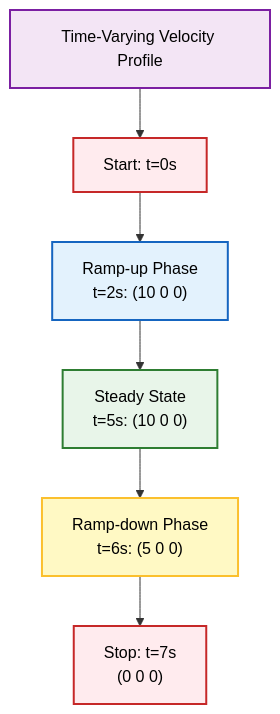
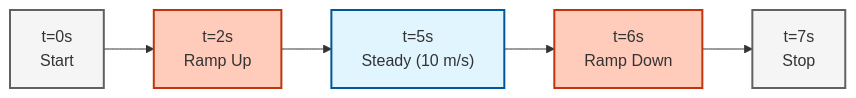
The fifth of 5 diagrams in MODULE_01_CFD_FUNDAMENTALS/CONTENT/01_GOVERNING_EQUATIONS/06_Boundary_Conditions.md (wramet/build-my-cfd), drawn with Mermaid before and after one commit. The commit also changed other lines of this file and 313 other files, not shown here.

Commit message:
Revise all diagram

````diff
--- a/MODULE_01_CFD_FUNDAMENTALS/CONTENT/01_GOVERNING_EQUATIONS/06_Boundary_Conditions.md
+++ b/MODULE_01_CFD_FUNDAMENTALS/CONTENT/01_GOVERNING_EQUATIONS/06_Boundary_Conditions.md
@@ -579,16 +535,13 @@
 ```mermaid
-graph TD
-    A["Start: t=0s"] --> B["Ramp-up Phase<br/>t=2s: (10 0 0)"]
-    B --> C["Steady State<br/>t=5s: (10 0 0)"]
-    C --> D["Ramp-down Phase<br/>t=6s: (5 0 0)"]
-    D --> E["Stop: t=7s<br/>(0 0 0)"]
-    F["Time-Varying Velocity Profile"]
-    F --> A
+graph LR
+classDef implicit fill:#e1f5fe,stroke:#01579b,stroke-width:2px
+classDef explicit fill:#ffccbc,stroke:#bf360c,stroke-width:2px
+classDef context fill:#f5f5f5,stroke:#616161,stroke-width:2px
+T0["t=0s<br/>Start"]:::context
+T1["t=2s<br/>Ramp Up"]:::explicit
+T2["t=5s<br/>Steady (10 m/s)"]:::implicit
+T3["t=6s<br/>Ramp Down"]:::explicit
+T4["t=7s<br/>Stop"]:::context
 
-    style A fill:#ffebee,stroke:#c62828,stroke-width:2px,color:#000
-    style B fill:#e3f2fd,stroke:#1565c0,stroke-width:2px,color:#000
-    style C fill:#e8f5e9,stroke:#2e7d32,stroke-width:2px,color:#000
-    style D fill:#fff9c4,stroke:#fbc02d,stroke-width:2px,color:#000
-    style E fill:#ffebee,stroke:#c62828,stroke-width:2px,color:#000
-    style F fill:#f3e5f5,stroke:#7b1fa2,stroke-width:2px,color:#000
+T0 --> T1 --> T2 --> T3 --> T4
 ```
````
